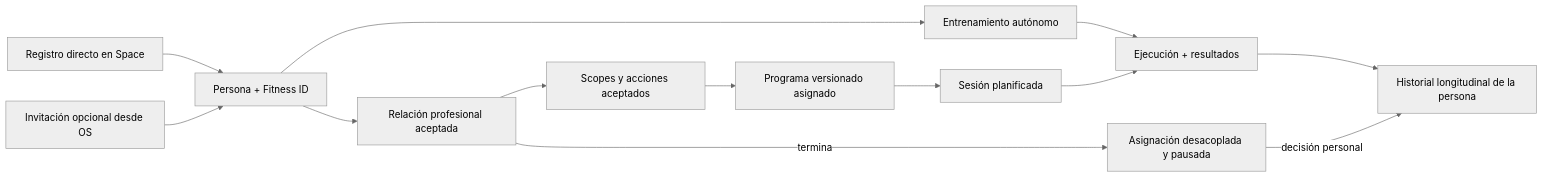
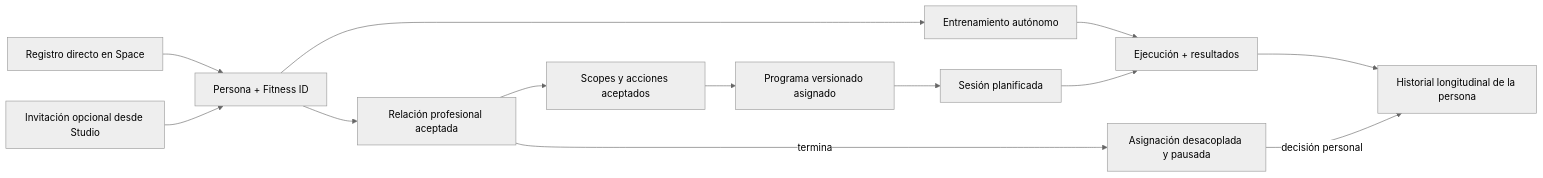
Before and after one commit to allfitone/allfitone-docs: the diagram in platform/database/refactor/03_PROPOSED_DESIGN/V1_DATABASE_SCOPE.md, drawn with Mermaid (neutral theme). The commit also changed other lines of this file and 31 other files, not shown here.

````diff
--- a/platform/database/refactor/03_PROPOSED_DESIGN/V1_DATABASE_SCOPE.md
+++ b/platform/database/refactor/03_PROPOSED_DESIGN/V1_DATABASE_SCOPE.md
@@ -41,15 +41,15 @@
 ```mermaid
 flowchart LR
     direct["Registro directo en Space"] --> person["Persona + Fitness ID"]
-    invite["Invitación opcional desde OS"] --> person
+    invite["Invitación opcional desde Studio"] --> person
     person --> autonomous["Entrenamiento autónomo"]
     person --> relationship["Relación profesional aceptada"]
     relationship --> grants["Scopes y acciones aceptados"]
     grants --> assignment["Programa versionado asignado"]
     assignment --> planned["Sesión planificada"]
     planned --> execution["Ejecución + resultados"]
     autonomous --> execution
     execution --> history["Historial longitudinal de la persona"]
     relationship -->|"termina"| detached["Asignación desacoplada y pausada"]
     detached -->|"decisión personal"| history
 ```
````
